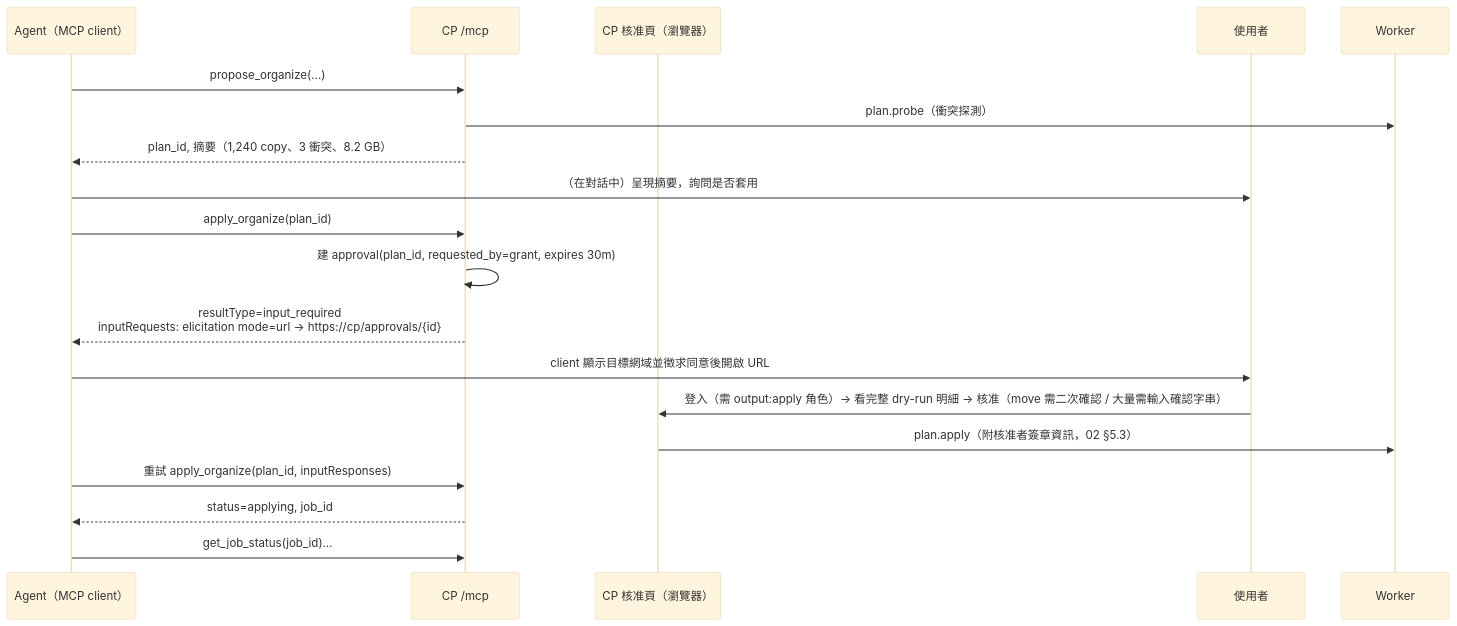
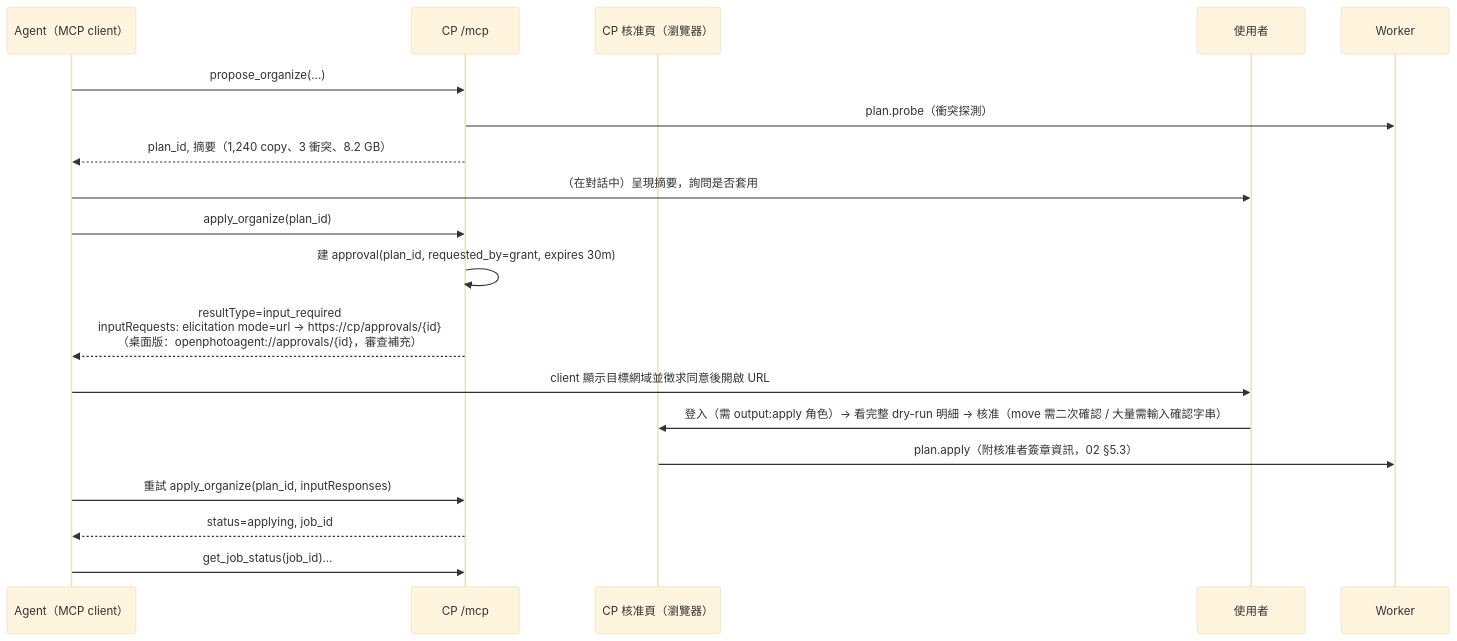
One commit to romanticamaj/openphotoagent changed the sixth of 7 diagrams in docs/05-search-and-mcp.md. Above: the diagram before and after it, drawn with Mermaid (base theme). The commit also changed other lines of this file and 13 other files, not shown here.

First line of the commit message:
docs: feature coverage review; reconcile specs, roadmap, CLI name opagent

````diff
--- a/docs/05-search-and-mcp.md
+++ b/docs/05-search-and-mcp.md
@@ -708,21 +722,21 @@
 ```mermaid
 sequenceDiagram
   participant AG as Agent（MCP client）
   participant M as CP /mcp
   participant UI as CP 核准頁（瀏覽器）
   participant U as 使用者
   participant W as Worker
   AG->>M: propose_organize(...)
   M->>W: plan.probe（衝突探測）
   M-->>AG: plan_id, 摘要（1,240 copy、3 衝突、8.2 GB）
   AG->>U: （在對話中）呈現摘要，詢問是否套用
   AG->>M: apply_organize(plan_id)
   M->>M: 建 approval(plan_id, requested_by=grant, expires 30m)
-  M-->>AG: resultType=input_required<br/>inputRequests: elicitation mode=url → https://cp/approvals/{id}
+  M-->>AG: resultType=input_required<br/>inputRequests: elicitation mode=url → https://cp/approvals/{id}<br/>（桌面版：openphotoagent://approvals/{id}，審查補充）
   AG->>U: client 顯示目標網域並徵求同意後開啟 URL
   U->>UI: 登入（需 output:apply 角色）→ 看完整 dry-run 明細 → 核准（move 需二次確認 / 大量需輸入確認字串）
   UI->>W: plan.apply（附核准者簽章資訊，02 §5.3）
   AG->>M: 重試 apply_organize(plan_id, inputResponses)
   M-->>AG: status=applying, job_id
   AG->>M: get_job_status(job_id)…
 ```
````
